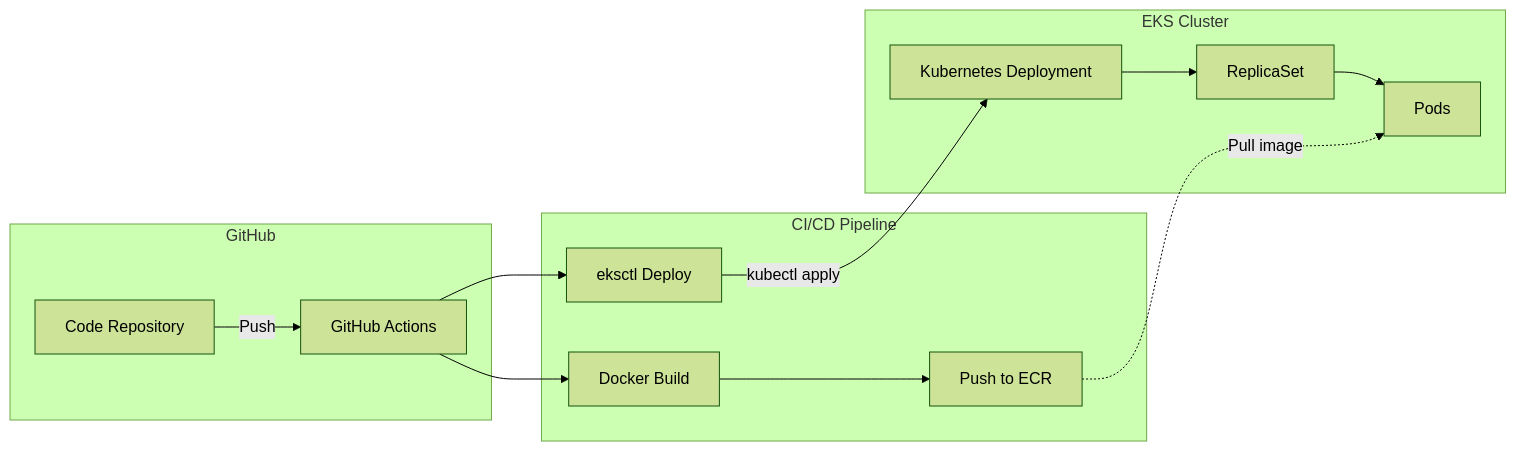
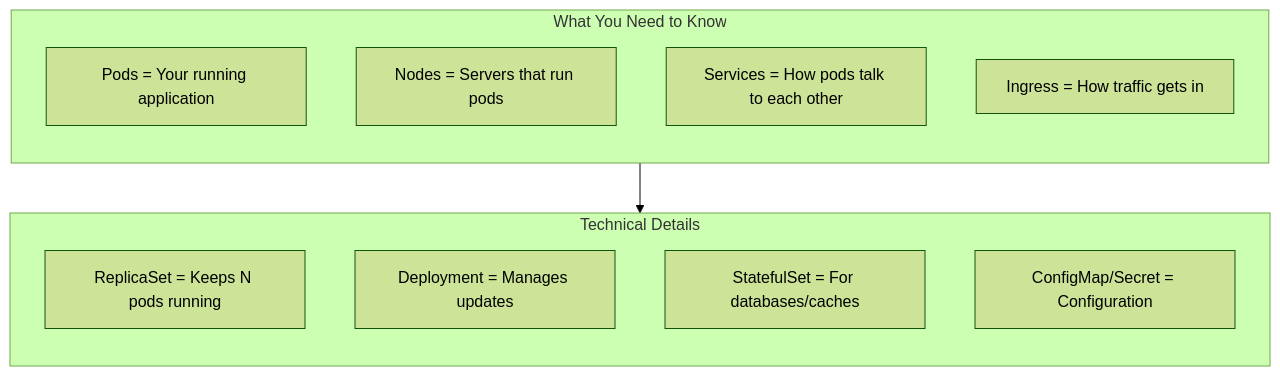
One commit to aldea-ai/infrastructure-docs changed the fifth of 8 diagrams in diagrams/eks-architecture.md. Above: the diagram before and after it, drawn with Mermaid (forest theme). The commit also changed other lines of this file and 3 other files, not shown here.

First line of the commit message:
Simplify diagrams for layman readability

````diff
--- a/diagrams/eks-architecture.md
+++ b/diagrams/eks-architecture.md
@@ -171,26 +175,20 @@
 ```mermaid
-flowchart LR
-    subgraph GitHub["GitHub"]
-        REPO[Code Repository]
-        GHA[GitHub Actions]
+flowchart TB
+    subgraph Simple["What You Need to Know"]
+        direction TB
+        S1[Pods = Your running application]
+        S2[Nodes = Servers that run pods]
+        S3[Services = How pods talk to each other]
+        S4[Ingress = How traffic gets in]
     end
 
-    subgraph CI_CD["CI/CD Pipeline"]
-        BUILD[Docker Build]
-        PUSH[Push to ECR]
-        EKSCTL[eksctl Deploy]
+    subgraph Technical["Technical Details"]
+        direction TB
+        T1[ReplicaSet = Keeps N pods running]
+        T2[Deployment = Manages updates]
+        T3[StatefulSet = For databases/caches]
+        T4[ConfigMap/Secret = Configuration]
     end
 
-    subgraph EKS["EKS Cluster"]
-        DEPLOY[Kubernetes Deployment]
-        RS[ReplicaSet]
-        PODS[Pods]
-    end
-
-    REPO -->|Push| GHA
-    GHA --> BUILD --> PUSH
-    GHA --> EKSCTL
-    EKSCTL -->|kubectl apply| DEPLOY
-    DEPLOY --> RS --> PODS
-    PUSH -.->|Pull image| PODS
+    Simple --> Technical
 ```
````
